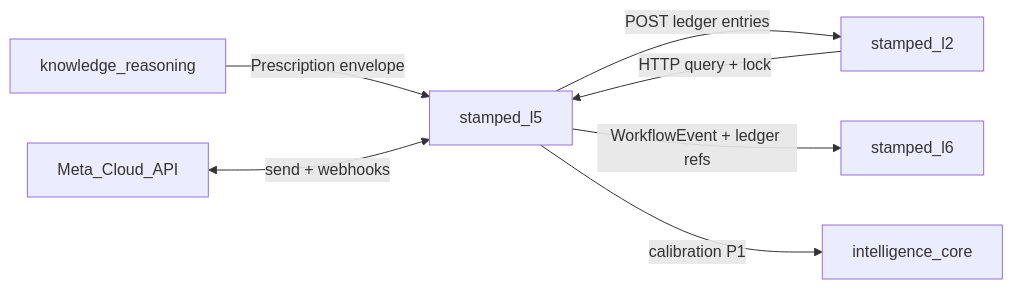
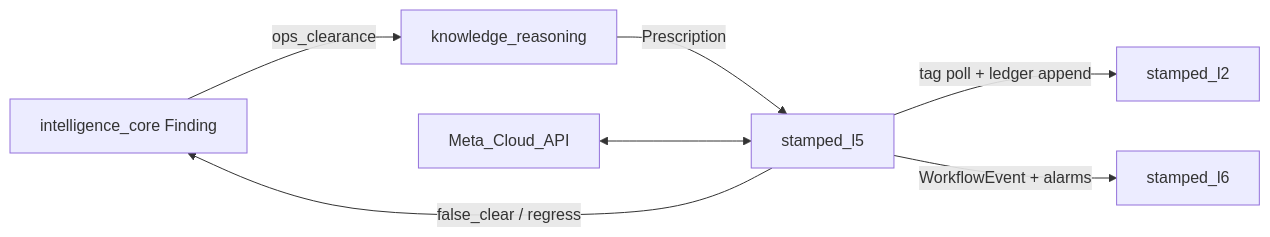
Before and after one commit to Vinayak-RZ/stamped-external: the diagram in handoff/stamped-l5-architecture-handoff.md, drawn with Mermaid. The commit also changed other lines of this file and 28 other files, not shown here.

First line of the commit message:
feat(l5): ops-first verification, EMS alarms, Finding 1.1.0

````diff
--- a/handoff/stamped-l5-architecture-handoff.md
+++ b/handoff/stamped-l5-architecture-handoff.md
@@ -31,9 +29,9 @@
 ```mermaid
 flowchart LR
-  L4[knowledge_reasoning] -->|Prescription envelope| L5[stamped_l5]
-  L2[stamped_l2] -->|HTTP query + lock| L5
-  L5 -->|POST ledger entries| L2
-  Meta[Meta_Cloud_API] <-->|send + webhooks| L5
-  L5 -->|WorkflowEvent + ledger refs| L6[stamped_l6]
-  L5 -->|calibration P1| L3[intelligence_core]
+  L3[intelligence_core Finding] -->|ops_clearance| L4[knowledge_reasoning]
+  L4 -->|Prescription| L5[stamped_l5]
+  L5 -->|tag poll + ledger append| L2[stamped_l2]
+  Meta[Meta_Cloud_API] <--> L5
+  L5 -->|WorkflowEvent + alarms| L6[stamped_l6]
+  L5 -->|false_clear / regress| L3
 ```
````
